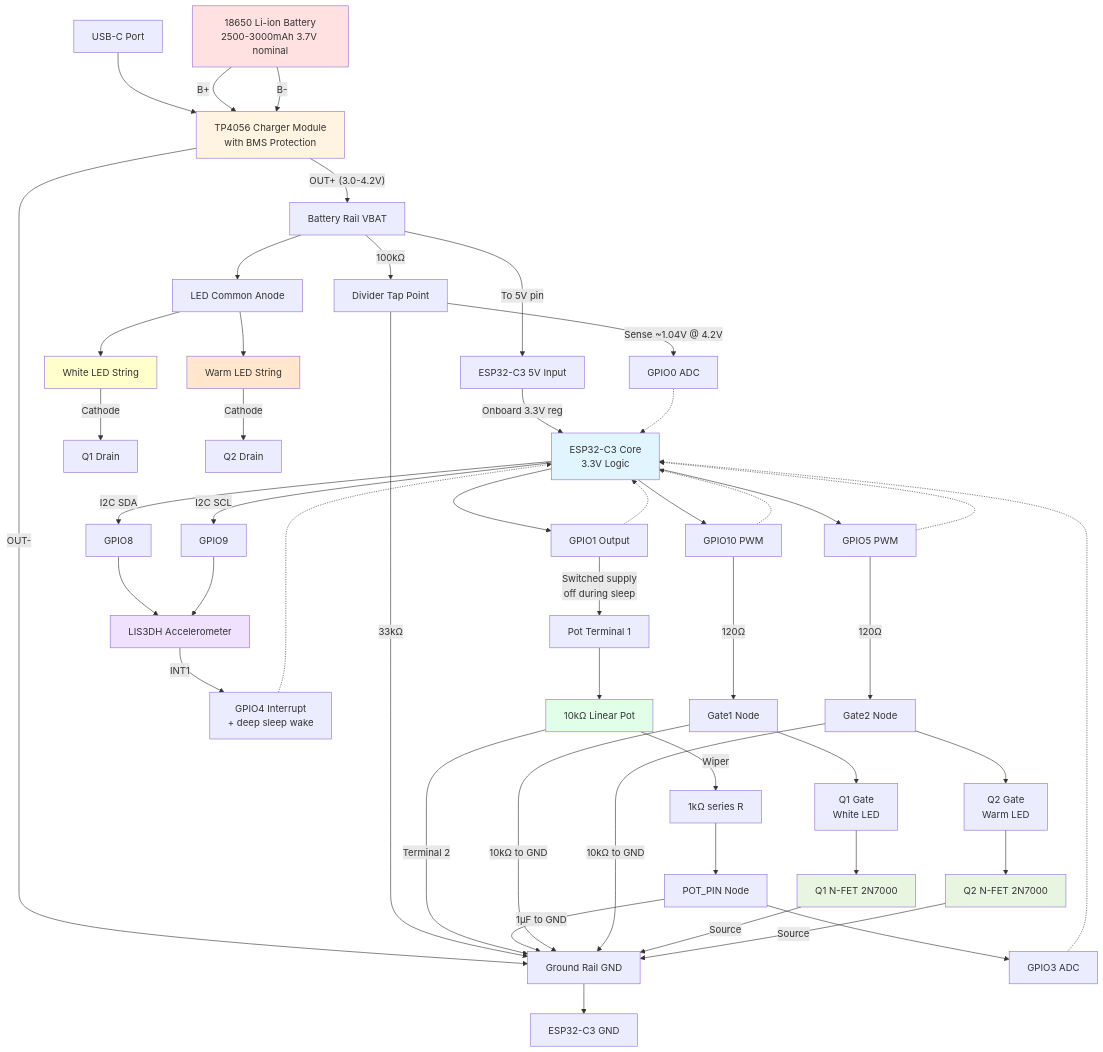
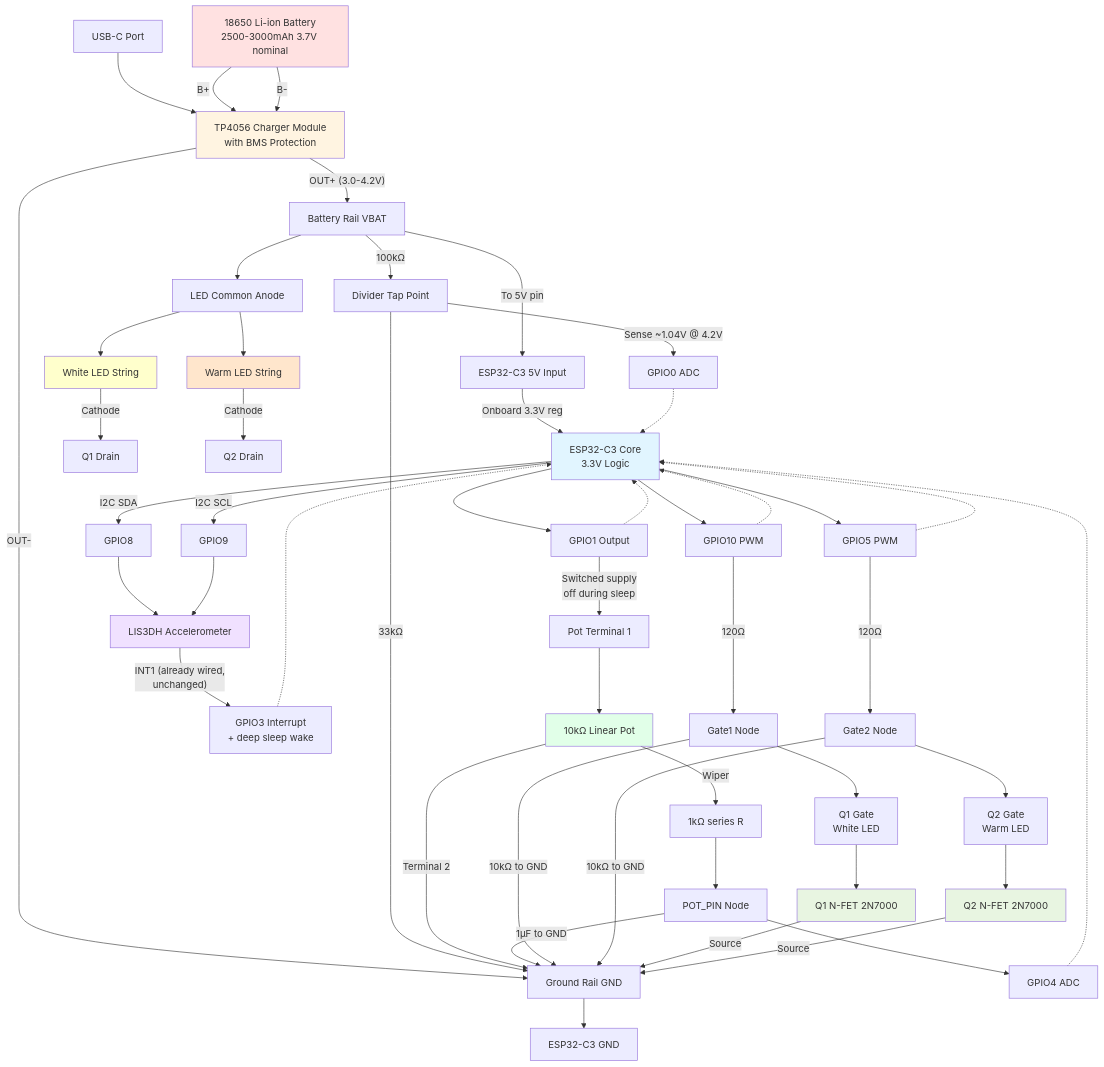
One commit to myclark/LEDDeskLamp changed the diagram in doc/desk_lamp_project.md. Above: the diagram before and after it, drawn with Mermaid. The commit also changed other lines of this file and 4 other files, not shown here.

````diff
--- a/doc/desk_lamp_project.md
+++ b/doc/desk_lamp_project.md
@@ -81,73 +83,73 @@
 ```mermaid
 graph TB
     USB[USB-C Port] --> TP4056[TP4056 Charger Module<br/>with BMS Protection]
 
     BATT[18650 Li-ion Battery<br/>2500-3000mAh 3.7V nominal] --> |"B+"| TP4056
     BATT --> |"B-"| TP4056
 
     TP4056 --> |"OUT+ (3.0-4.2V)"| VBAT_RAIL[Battery Rail VBAT]
     TP4056 --> |"OUT-"| GND_RAIL[Ground Rail GND]
 
     VBAT_RAIL --> |"100kΩ"| VDIV_TAP[Divider Tap Point]
     VDIV_TAP --> |"33kΩ"| GND_RAIL
     VDIV_TAP --> |"Sense ~1.04V @ 4.2V"| GPIO0[GPIO0 ADC]
 
     VBAT_RAIL --> |"To 5V pin"| ESP32_5V[ESP32-C3 5V Input]
     ESP32_5V --> |"Onboard 3.3V reg"| ESP32_CORE[ESP32-C3 Core<br/>3.3V Logic]
     GND_RAIL --> ESP32_GND[ESP32-C3 GND]
 
     ESP32_CORE --> GPIO1[GPIO1 Output]
     GPIO1 --> |"Switched supply<br/>off during sleep"| POT_T1[Pot Terminal 1]
     POT_T1 --> POT[10kΩ Linear Pot]
     POT --> |"Terminal 2"| GND_RAIL
     POT --> |"Wiper"| POT_R["1kΩ series R"]
     POT_R --> POT_NODE[POT_PIN Node]
     POT_NODE --> |"1µF to GND"| GND_RAIL
-    POT_NODE --> GPIO3[GPIO3 ADC]
+    POT_NODE --> GPIO4[GPIO4 ADC]
 
     ESP32_CORE --> |"I2C SDA"| GPIO8[GPIO8]
     ESP32_CORE --> |"I2C SCL"| GPIO9[GPIO9]
     GPIO8 --> LIS3DH[LIS3DH Accelerometer]
     GPIO9 --> LIS3DH
-    LIS3DH --> |"INT1"| GPIO4[GPIO4 Interrupt<br/>+ deep sleep wake]
+    LIS3DH --> |"INT1 (already wired,<br/>unchanged)"| GPIO3[GPIO3 Interrupt<br/>+ deep sleep wake]
 
     ESP32_CORE --> GPIO10[GPIO10 PWM]
     ESP32_CORE --> GPIO5[GPIO5 PWM]
 
     GPIO10 --> |"120Ω"| GATE1_RES[Gate1 Node]
     GATE1_RES --> |"10kΩ to GND"| GND_RAIL
     GATE1_RES --> Q1_GATE[Q1 Gate<br/>White LED]
     Q1_GATE --> Q1[Q1 N-FET 2N7000]
 
     GPIO5 --> |"120Ω"| GATE2_RES[Gate2 Node]
     GATE2_RES --> |"10kΩ to GND"| GND_RAIL
     GATE2_RES --> Q2_GATE[Q2 Gate<br/>Warm LED]
     Q2_GATE --> Q2[Q2 N-FET 2N7000]
 
     VBAT_RAIL --> LED_COMMON[LED Common Anode]
     LED_COMMON --> WHITE_LED[White LED String]
     LED_COMMON --> WARM_LED[Warm LED String]
 
     WHITE_LED --> |"Cathode"| Q1_DRAIN[Q1 Drain]
     WARM_LED --> |"Cathode"| Q2_DRAIN[Q2 Drain]
 
     Q1 --> |"Source"| GND_RAIL
     Q2 --> |"Source"| GND_RAIL
 
     GPIO0 -.-> ESP32_CORE
     GPIO1 -.-> ESP32_CORE
     GPIO3 -.-> ESP32_CORE
     GPIO4 -.-> ESP32_CORE
     GPIO10 -.-> ESP32_CORE
     GPIO5 -.-> ESP32_CORE
 
     style ESP32_CORE fill:#e1f5ff
     style BATT fill:#ffe1e1
     style TP4056 fill:#fff4e1
     style Q1 fill:#e8f5e1
     style Q2 fill:#e8f5e1
     style WHITE_LED fill:#ffffcc
     style WARM_LED fill:#ffe6cc
     style LIS3DH fill:#f0e1ff
     style POT fill:#e1ffe8
 ```
````
